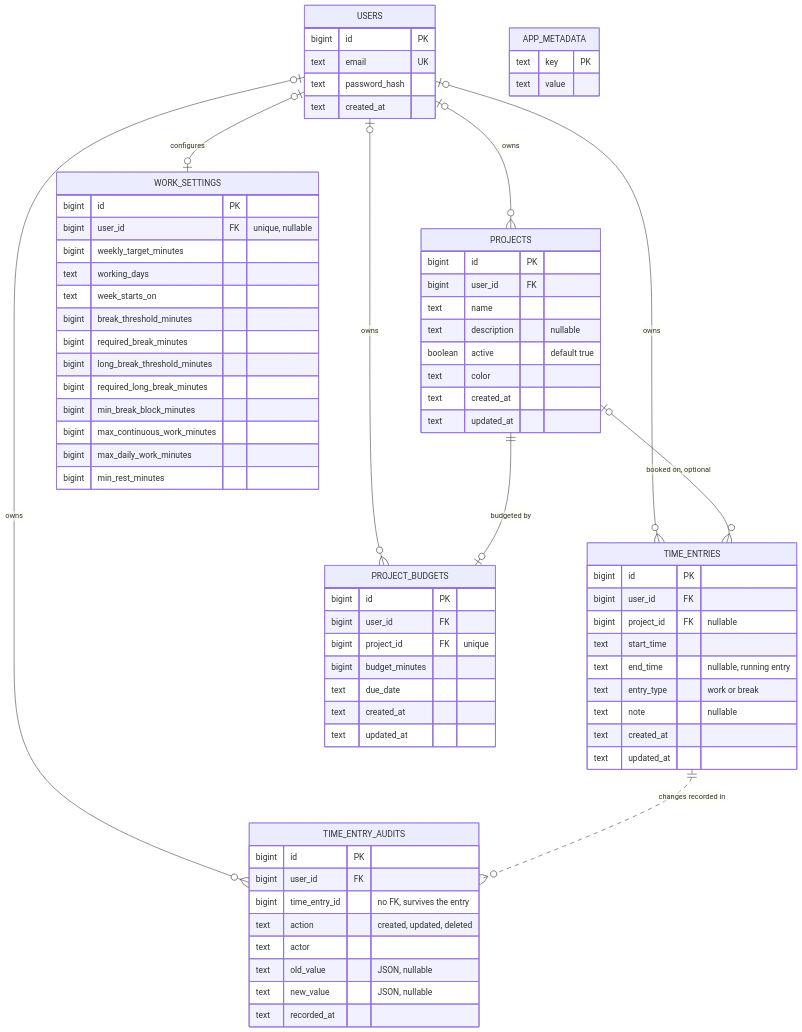
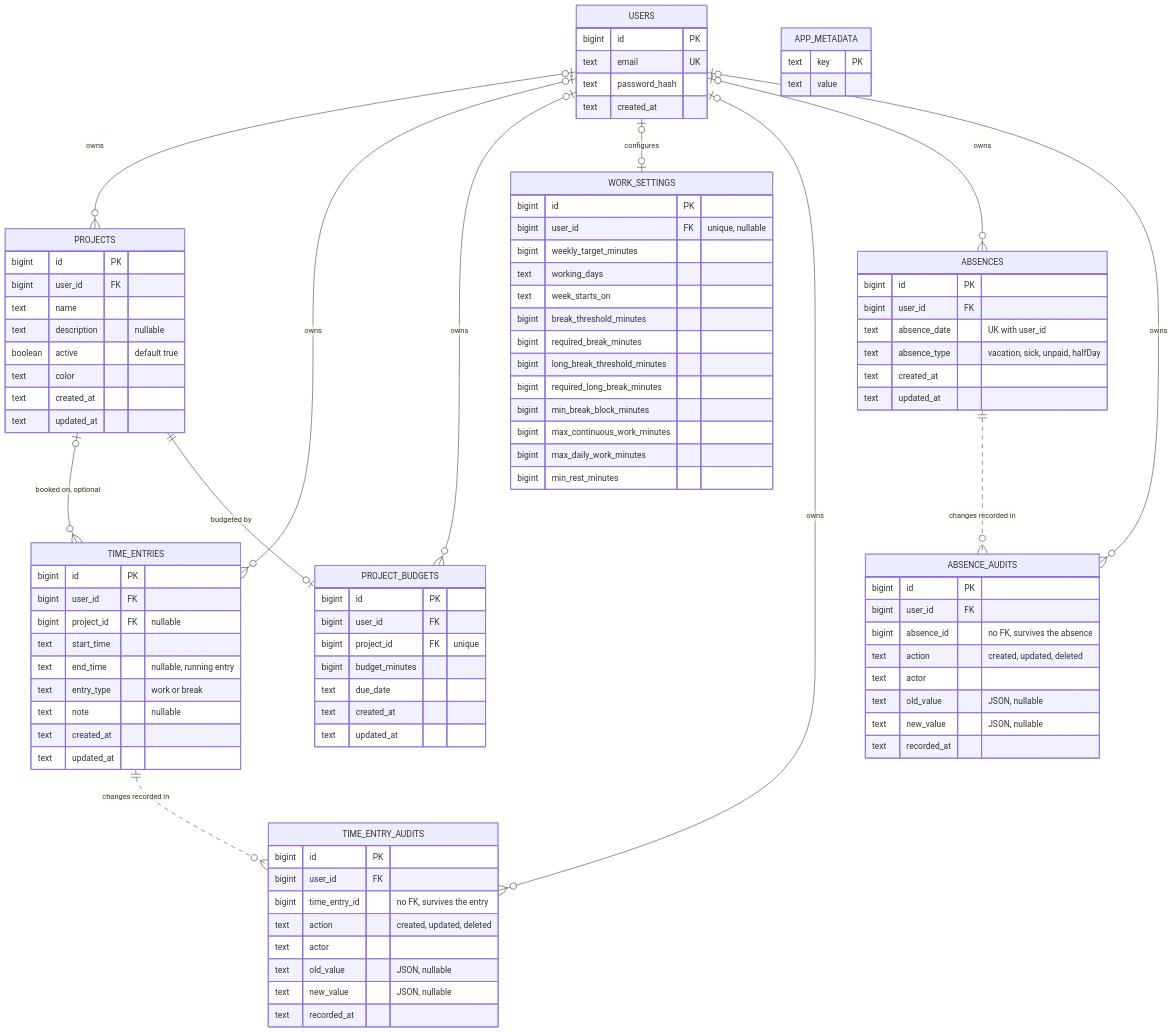
One commit to serious6/WorkTimeTracker changed the third of 3 diagrams in docs/data-model.md. Above: the diagram before and after it, drawn with Mermaid. The commit also changed other lines of this file and 41 other files, not shown here.

First line of the commit message:
UC-4: Account for absences — vacation, sick leave, unpaid leave and half days (#44)

```diff
--- a/docs/data-model.md
+++ b/docs/data-model.md
@@ -85,6 +89,9 @@
   USERS o|--o{ PROJECT_BUDGETS : owns
   USERS o|--o| WORK_SETTINGS : configures
   USERS o|--o{ TIME_ENTRY_AUDITS : owns
+  USERS o|--o{ ABSENCES : owns
+  USERS o|--o{ ABSENCE_AUDITS : owns
+  ABSENCES ||..o{ ABSENCE_AUDITS : "changes recorded in"
   TIME_ENTRIES ||..o{ TIME_ENTRY_AUDITS : "changes recorded in"
   PROJECTS o|--o{ TIME_ENTRIES : "booked on, optional"
   PROJECTS ||--o| PROJECT_BUDGETS : "budgeted by"
@@ -126,6 +133,24 @@
     text new_value "JSON, nullable"
     text recorded_at
   }
+  ABSENCES {
+    bigint id PK
+    bigint user_id FK
+    text absence_date "UK with user_id"
+    text absence_type "vacation, sick, unpaid, halfDay"
+    text created_at
+    text updated_at
+  }
+  ABSENCE_AUDITS {
+    bigint id PK
+    bigint user_id FK
+    bigint absence_id "no FK, survives the absence"
+    text action "created, updated, deleted"
+    text actor
+    text old_value "JSON, nullable"
+    text new_value "JSON, nullable"
+    text recorded_at
+  }
   PROJECT_BUDGETS {
     bigint id PK
     bigint user_id FK
```
